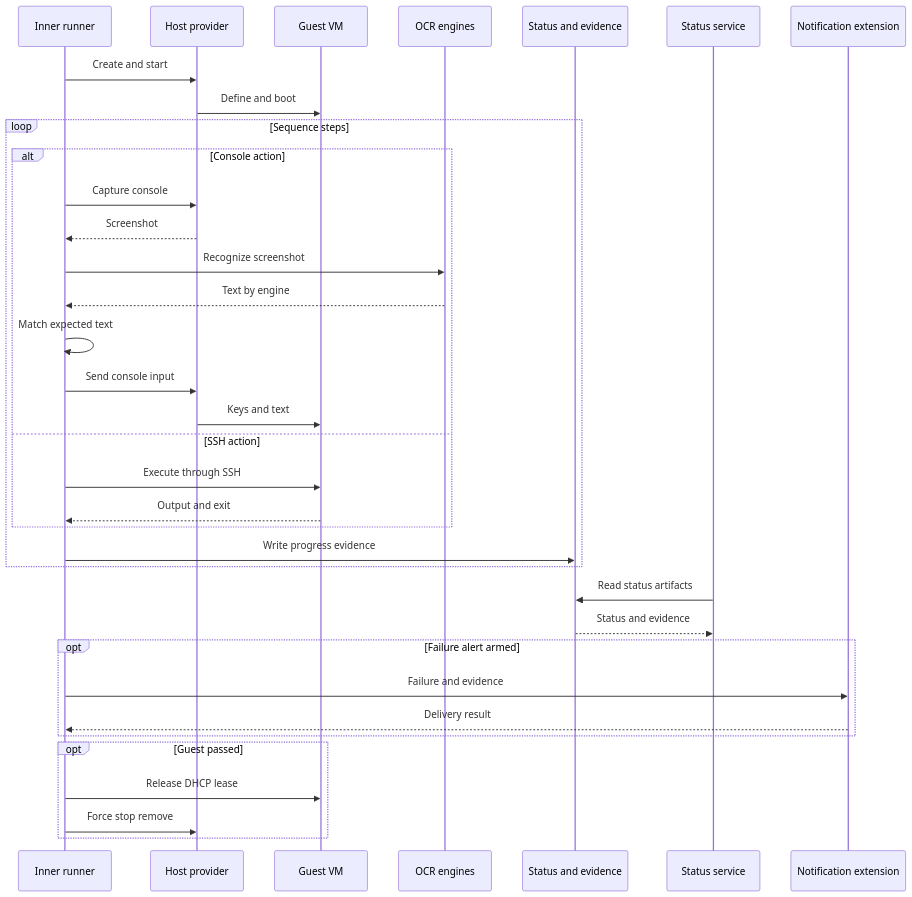
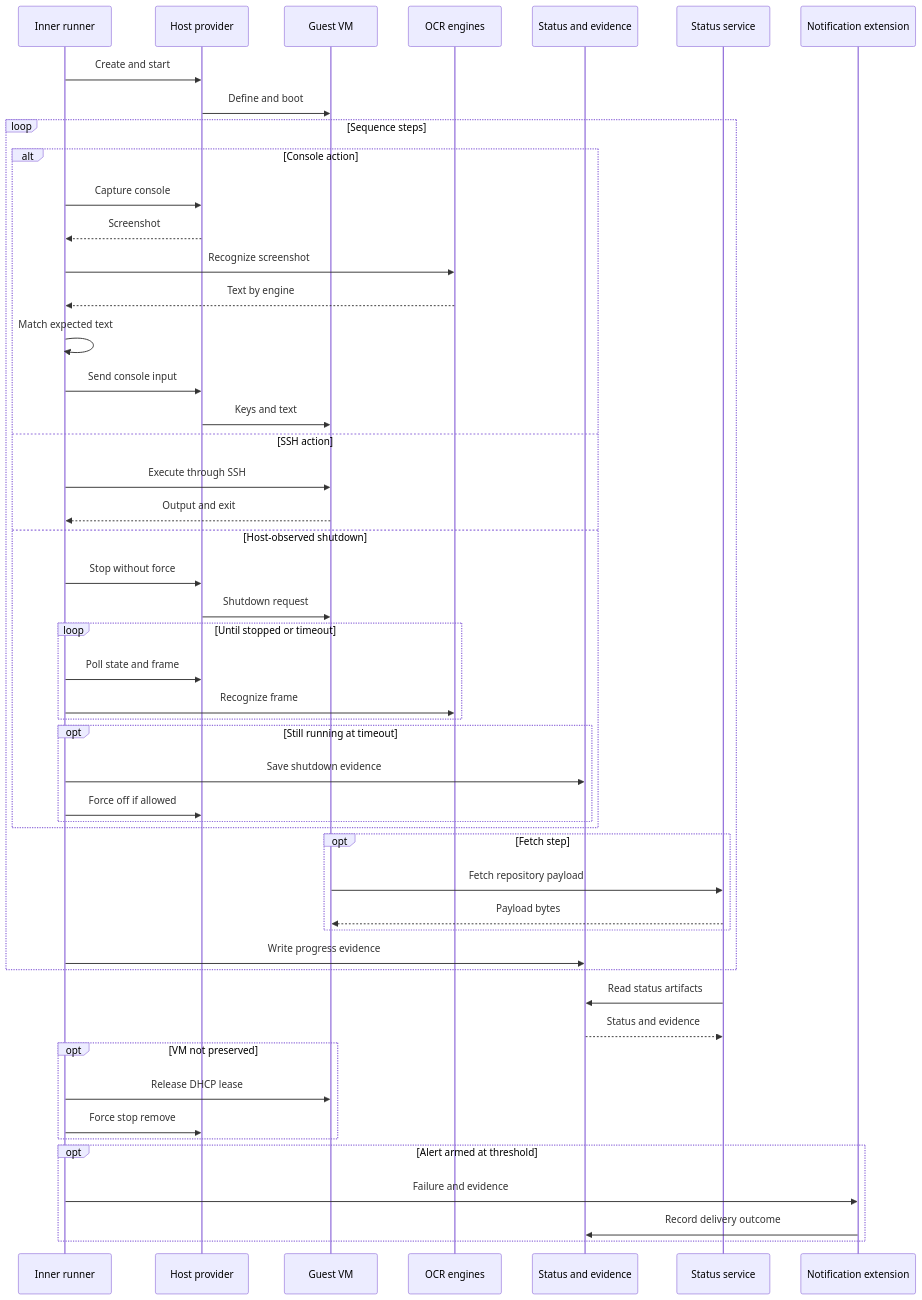
The second of 10 diagrams in docs/design/03-data-flows.md (alissonsol/yuruna), drawn with Mermaid before and after one commit. The commit also changed other lines of this file and 1409 other files, not shown here.

````diff
--- a/docs/design/03-data-flows.md
+++ b/docs/design/03-data-flows.md
@@ -45,37 +45,52 @@
 ```mermaid
 sequenceDiagram
     participant test-runner-inner-loop-psm1 as Inner runner
     participant yuruna-host-contract-psm1 as Host provider
     participant guest-vm as Guest VM
     participant test-ocr-engine-psm1 as OCR engines
     participant status-json as Status and evidence
     participant start-status-service-ps1 as Status service
     participant test-notify-psm1 as Notification extension
     test-runner-inner-loop-psm1->>yuruna-host-contract-psm1: Create and start
     yuruna-host-contract-psm1->>guest-vm: Define and boot
     loop Sequence steps
         alt Console action
             test-runner-inner-loop-psm1->>yuruna-host-contract-psm1: Capture console
             yuruna-host-contract-psm1-->>test-runner-inner-loop-psm1: Screenshot
             test-runner-inner-loop-psm1->>test-ocr-engine-psm1: Recognize screenshot
             test-ocr-engine-psm1-->>test-runner-inner-loop-psm1: Text by engine
             test-runner-inner-loop-psm1->>test-runner-inner-loop-psm1: Match expected text
             test-runner-inner-loop-psm1->>yuruna-host-contract-psm1: Send console input
             yuruna-host-contract-psm1->>guest-vm: Keys and text
         else SSH action
             test-runner-inner-loop-psm1->>guest-vm: Execute through SSH
             guest-vm-->>test-runner-inner-loop-psm1: Output and exit
+        else Host-observed shutdown
+            test-runner-inner-loop-psm1->>yuruna-host-contract-psm1: Stop without force
+            yuruna-host-contract-psm1->>guest-vm: Shutdown request
+            loop Until stopped or timeout
+                test-runner-inner-loop-psm1->>yuruna-host-contract-psm1: Poll state and frame
+                test-runner-inner-loop-psm1->>test-ocr-engine-psm1: Recognize frame
+            end
+            opt Still running at timeout
+                test-runner-inner-loop-psm1->>status-json: Save shutdown evidence
+                test-runner-inner-loop-psm1->>yuruna-host-contract-psm1: Force off if allowed
+            end
+        end
+        opt Fetch step
+            guest-vm->>start-status-service-ps1: Fetch repository payload
+            start-status-service-ps1-->>guest-vm: Payload bytes
         end
         test-runner-inner-loop-psm1->>status-json: Write progress evidence
     end
     start-status-service-ps1->>status-json: Read status artifacts
     status-json-->>start-status-service-ps1: Status and evidence
-    opt Failure alert armed
-        test-runner-inner-loop-psm1->>test-notify-psm1: Failure and evidence
-        test-notify-psm1-->>test-runner-inner-loop-psm1: Delivery result
-    end
-    opt Guest passed
+    opt VM not preserved
         test-runner-inner-loop-psm1->>guest-vm: Release DHCP lease
         test-runner-inner-loop-psm1->>yuruna-host-contract-psm1: Force stop remove
     end
+    opt Alert armed at threshold
+        test-runner-inner-loop-psm1->>test-notify-psm1: Failure and evidence
+        test-notify-psm1->>status-json: Record delivery outcome
+    end
 ```
````
